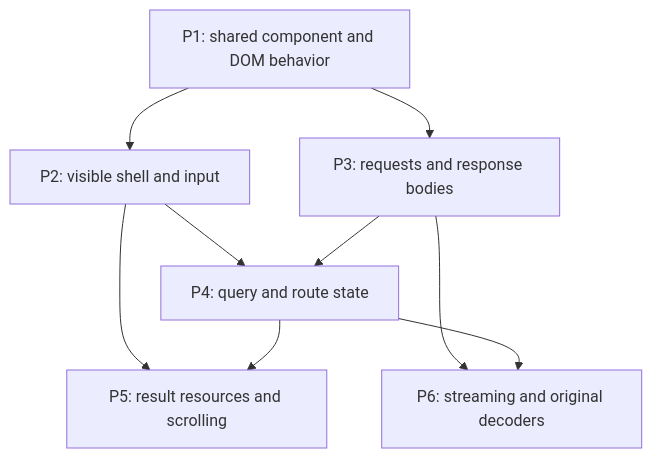
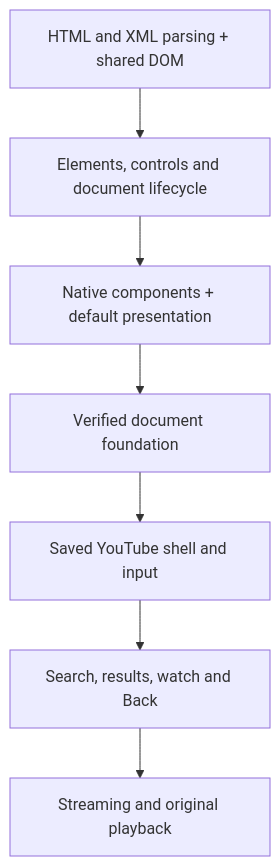
Before and after one commit to c-a-t-f-o-o-d/chezcat-browser: the diagram in docs/ROADMAP.md, drawn with Mermaid. The commit also changed other lines of this file and 6 other files, not shown here.

Commit message:
docs: prioritize the standards-based HTML and XHTML foundation

````diff
--- a/docs/ROADMAP.md
+++ b/docs/ROADMAP.md
@@ -32,11 +32,9 @@
 ```mermaid
 flowchart TD
-    DOM["P1: shared component and DOM behavior"] --> SHELL["P2: visible shell and input"]
-    DOM --> DATA["P3: requests and response bodies"]
-    SHELL --> ROUTES["P4: query and route state"]
-    DATA --> ROUTES
-    SHELL --> RESULTS["P5: result resources and scrolling"]
-    ROUTES --> RESULTS
-    DATA --> MEDIA["P6: streaming and original decoders"]
-    ROUTES --> MEDIA
+    CORE["HTML and XML parsing + shared DOM"] --> DOCS["Elements, controls and document lifecycle"]
+    DOCS --> COMPONENTS["Native components + default presentation"]
+    COMPONENTS --> GATE["Verified document foundation"]
+    GATE --> SHELL["Saved YouTube shell and input"]
+    SHELL --> JOURNEY["Search, results, watch and Back"]
+    JOURNEY --> MEDIA["Streaming and original playback"]
 ```
````
